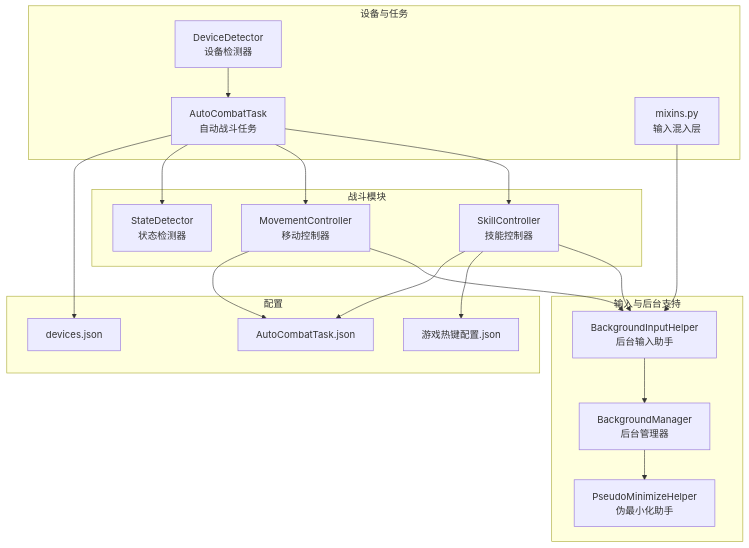
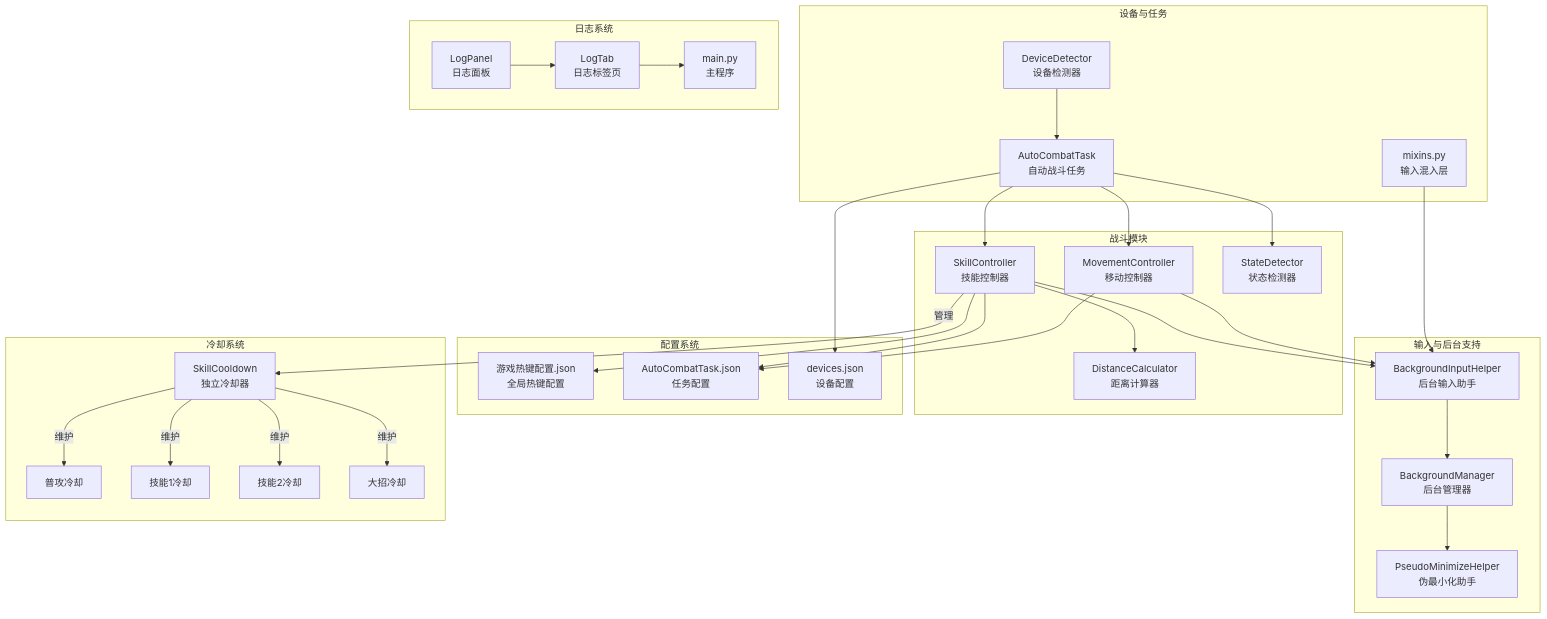
One commit to xsy098-max/ok-jump changed the first of 8 diagrams in .qoder/repowiki/zh/content/战斗系统/技能控制器.md. Above: the diagram before and after it, drawn with Mermaid. The commit also changed other lines of this file and 73 other files, not shown here.

````diff
--- a/.qoder/repowiki/zh/content/战斗系统/技能控制器.md
+++ b/.qoder/repowiki/zh/content/战斗系统/技能控制器.md
@@ -45,36 +67,52 @@
 ```mermaid
 graph TB
 subgraph "战斗模块"
 SC["SkillController<br/>技能控制器"]
 MC["MovementController<br/>移动控制器"]
 SD["StateDetector<br/>状态检测器"]
+DC["DistanceCalculator<br/>距离计算器"]
 end
 subgraph "输入与后台支持"
 BIH["BackgroundInputHelper<br/>后台输入助手"]
 BM["BackgroundManager<br/>后台管理器"]
 PMH["PseudoMinimizeHelper<br/>伪最小化助手"]
 end
 subgraph "设备与任务"
 DD["DeviceDetector<br/>设备检测器"]
 ACT["AutoCombatTask<br/>自动战斗任务"]
 MIX["mixins.py<br/>输入混入层"]
 end
-subgraph "配置"
-HK["游戏热键配置.json"]
-AC["AutoCombatTask.json"]
-DEV["devices.json"]
+subgraph "配置系统"
+HK["游戏热键配置.json<br/>全局热键配置"]
+AC["AutoCombatTask.json<br/>任务配置"]
+DEV["devices.json<br/>设备配置"]
+end
+subgraph "日志系统"
+LP["LogPanel<br/>日志面板"]
+LT["LogTab<br/>日志标签页"]
+MAIN["main.py<br/>主程序"]
+end
+subgraph "冷却系统"
+SC --> |管理| COOLDOWN["SkillCooldown<br/>独立冷却器"]
+COOLDOWN --> |维护| ATTACK["普攻冷却"]
+COOLDOWN --> |维护| SKILL1["技能1冷却"]
+COOLDOWN --> |维护| SKILL2["技能2冷却"]
+COOLDOWN --> |维护| ULTIMATE["大招冷却"]
 end
 ACT --> SC
 ACT --> MC
 ACT --> SD
+SC --> DC
 SC --> BIH
 MC --> BIH
 BIH --> BM
 BM --> PMH
 DD --> ACT
 SC --> HK
 SC --> AC
 MC --> AC
 ACT --> DEV
 MIX --> BIH
+LP --> LT
+LT --> MAIN
 ```
````
